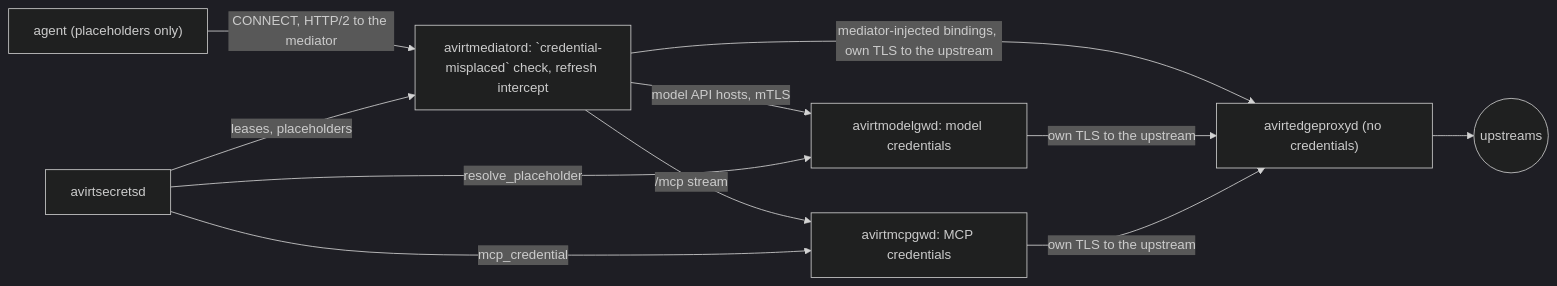
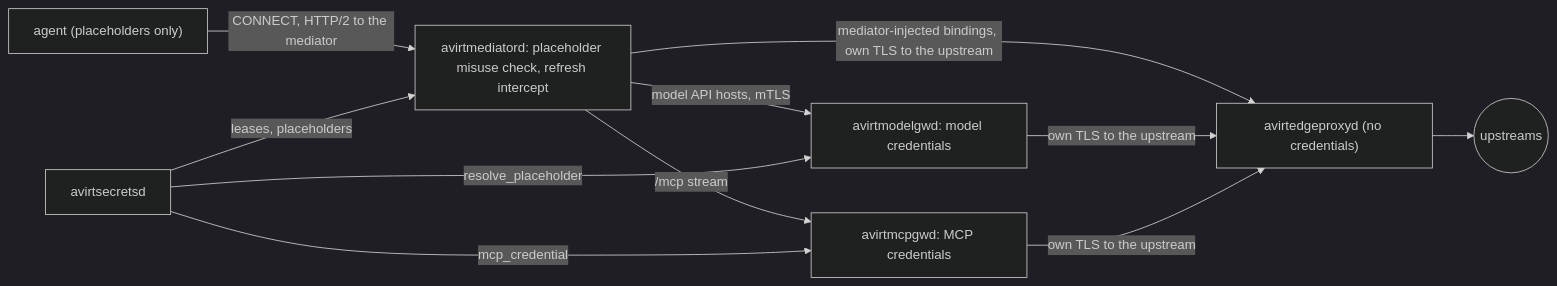
Before and after one commit to tbhb-dev/avirt: the second of 3 diagrams in docs/egress-credentials.md, drawn with Mermaid (dark theme). The commit also changed other lines of this file and 31 other files, not shown here.

````diff
--- a/docs/egress-credentials.md
+++ b/docs/egress-credentials.md
@@ -116,13 +116,13 @@
 ```mermaid
 flowchart LR
-    agent["agent (placeholders only)"] -->|"CONNECT, HTTP/2 to the mediator"| me["avirtmediatord: `credential-misplaced` check, refresh intercept"]
+    agent["agent (placeholders only)"] -->|"CONNECT, HTTP/2 to the mediator"| me["avirtmediatord: placeholder misuse check, refresh intercept"]
     me -->|"model API hosts, mTLS"| mg["avirtmodelgwd: model credentials"]
     me -->|"/mcp stream"| mcp["avirtmcpgwd: MCP credentials"]
     me -->|"mediator-injected bindings, own TLS to the upstream"| fd["avirtedgeproxyd (no credentials)"]
     mg -->|"own TLS to the upstream"| fd
     mcp -->|"own TLS to the upstream"| fd
     fd --> up(("upstreams"))
     sec["avirtsecretsd"] -->|"resolve_placeholder"| mg
     sec -->|"mcp_credential"| mcp
     sec -->|"leases, placeholders"| me
 ```
````
